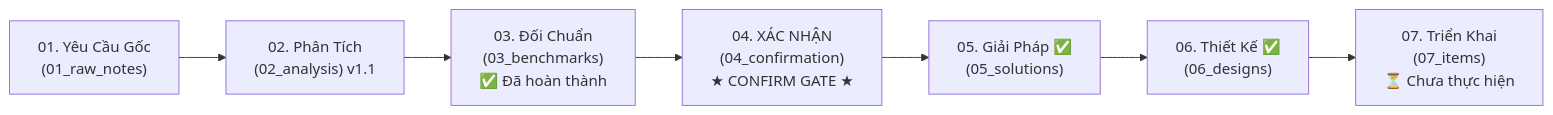
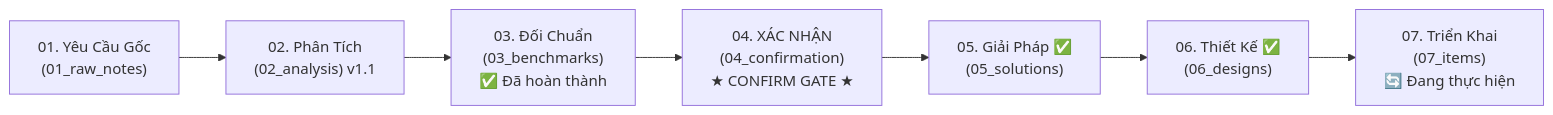
One commit to min3rd/open-erp changed the diagram in docs/sprints/sprint_03_plugin_manager/00_READING_GUIDE.md. Above: the diagram before and after it, drawn with Mermaid. The commit also changed other lines of this file and 3 other files, not shown here.

````diff
--- a/docs/sprints/sprint_03_plugin_manager/00_READING_GUIDE.md
+++ b/docs/sprints/sprint_03_plugin_manager/00_READING_GUIDE.md
@@ -20,9 +20,9 @@
 ```mermaid
 flowchart LR
     Step1["01. Yêu Cầu Gốc\n(01_raw_notes)"] --> Step2["02. Phân Tích\n(02_analysis) v1.1"]
     Step2 --> Step3["03. Đối Chuẩn\n(03_benchmarks)\n✅ Đã hoàn thành"]
     Step3 --> Step4["04. XÁC NHẬN\n(04_confirmation)\n★ CONFIRM GATE ★"]
     Step4 --> Step5["05. Giải Pháp ✅\n(05_solutions)"]
     Step5 --> Step5b["06. Thiết Kế ✅\n(06_designs)"]
-    Step5b --> Step6["07. Triển Khai\n(07_items)\n⏳ Chưa thực hiện"]
+    Step5b --> Step6["07. Triển Khai\n(07_items)\n🔄 Đang thực hiện"]
 ```
````
